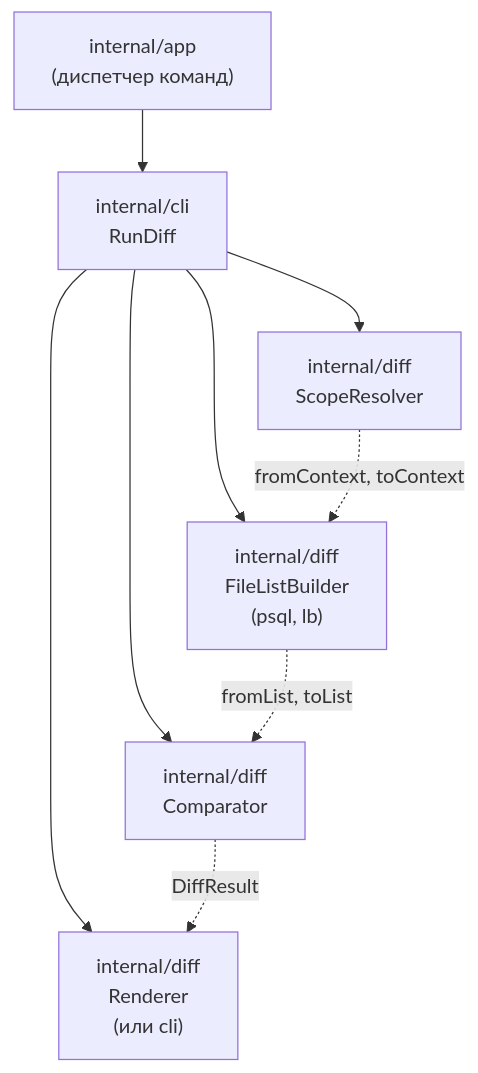
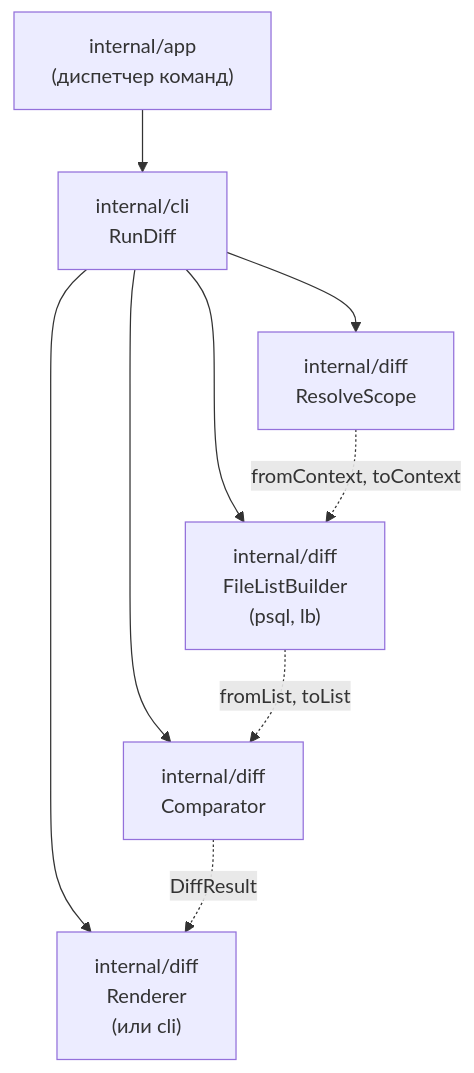
One commit to kimak-irmagi/taidon changed the diagram in docs/architecture/diff-component-structure.RU.md. Above: the diagram before and after it, drawn with Mermaid. The commit also changed other lines of this file and 21 other files, not shown here.

````diff
--- a/docs/architecture/diff-component-structure.RU.md
+++ b/docs/architecture/diff-component-structure.RU.md
@@ -113,18 +99,18 @@
 ```mermaid
 flowchart TB
   APP["internal/app <br/> (диспетчер команд)"]
   RUN_DIFF["internal/cli <br/> RunDiff"]
-  RESOLVER["internal/diff <br/> ScopeResolver"]
+  RESOLVER["internal/diff <br/> ResolveScope"]
   BUILDER["internal/diff <br/> FileListBuilder<br/>(psql, lb)"]
   COMPARE["internal/diff <br/> Comparator"]
   RENDER["internal/diff <br/> Renderer<br/>(или cli)"]
 
   APP --> RUN_DIFF
   RUN_DIFF --> RESOLVER
   RUN_DIFF --> BUILDER
   RUN_DIFF --> COMPARE
   RUN_DIFF --> RENDER
   RESOLVER -.->|fromContext, toContext| BUILDER
   BUILDER -.->|fromList, toList| COMPARE
   COMPARE -.->|DiffResult| RENDER
 ```
````
